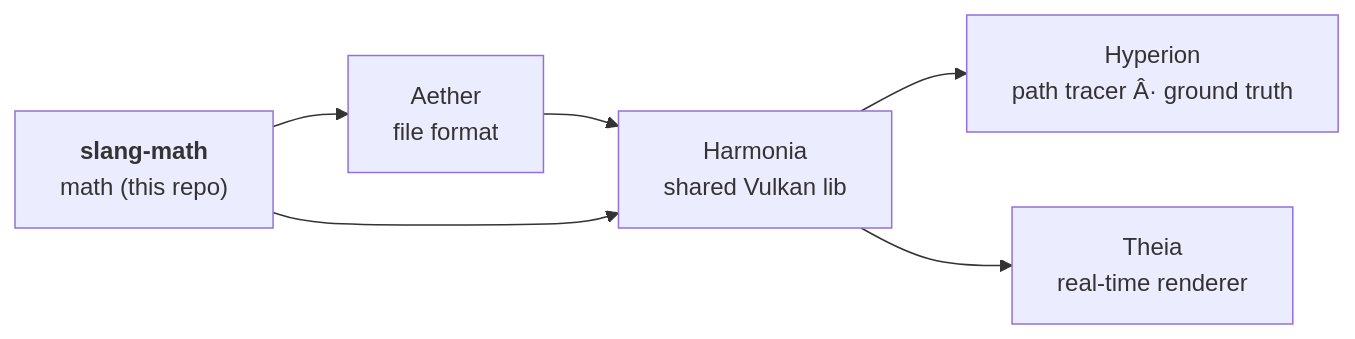
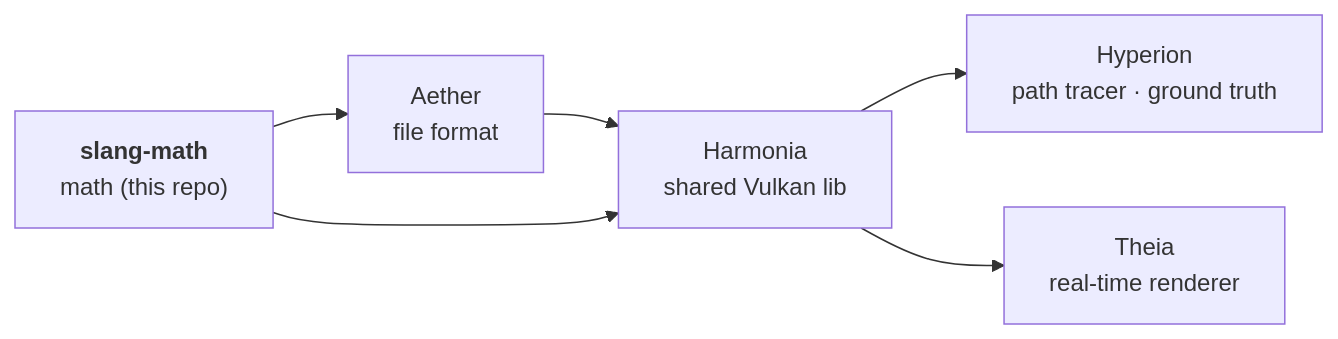
Before and after one commit to McNopper/slang-math: the diagram in AGENTS.md, drawn with Mermaid. The commit also changed other lines of this file and 2 other files, not shown here.

````diff
--- a/AGENTS.md
+++ b/AGENTS.md
@@ -16,8 +16,8 @@
 ```mermaid
 flowchart LR
     SM["<b>slang-math</b><br/>math (this repo)"] --> A["Aether<br/>file format"]
     A --> H["Harmonia<br/>shared Vulkan lib"]
     SM --> H
-    H --> Hy["Hyperion<br/>path tracer Â· ground truth"]
+    H --> Hy["Hyperion<br/>path tracer · ground truth"]
     H --> T["Theia<br/>real-time renderer"]
 ```
````
